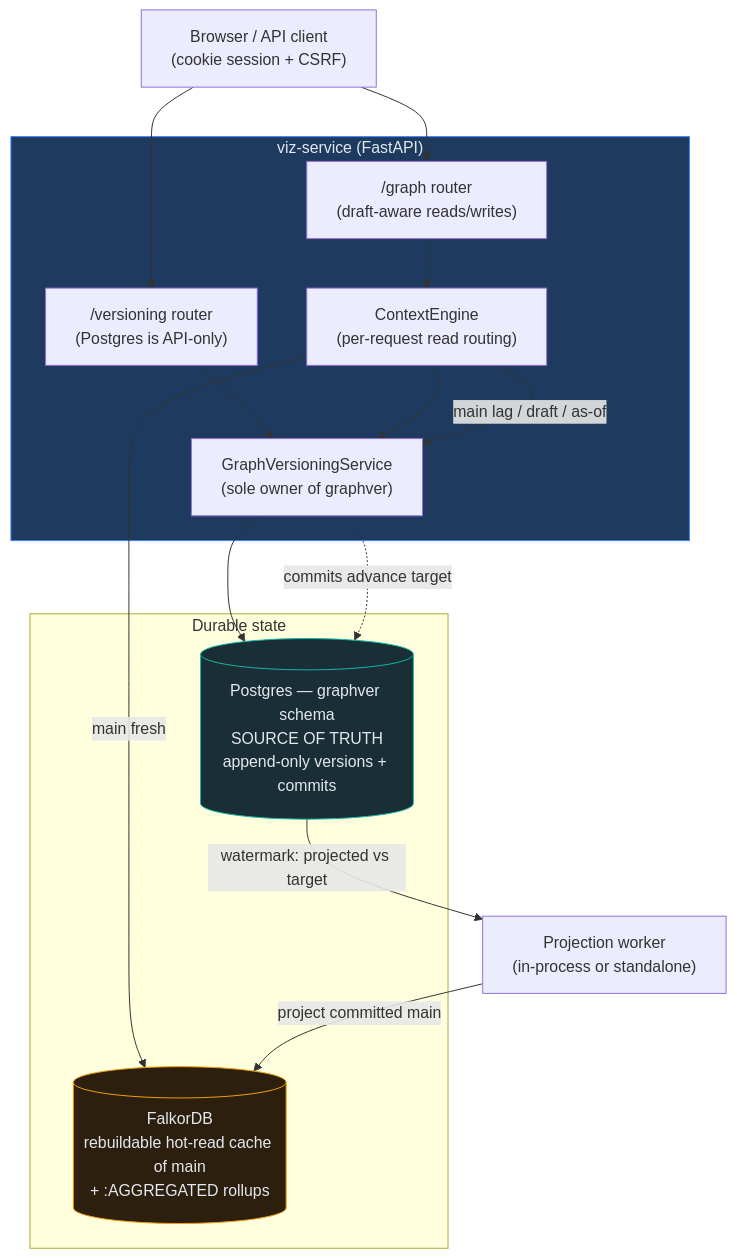
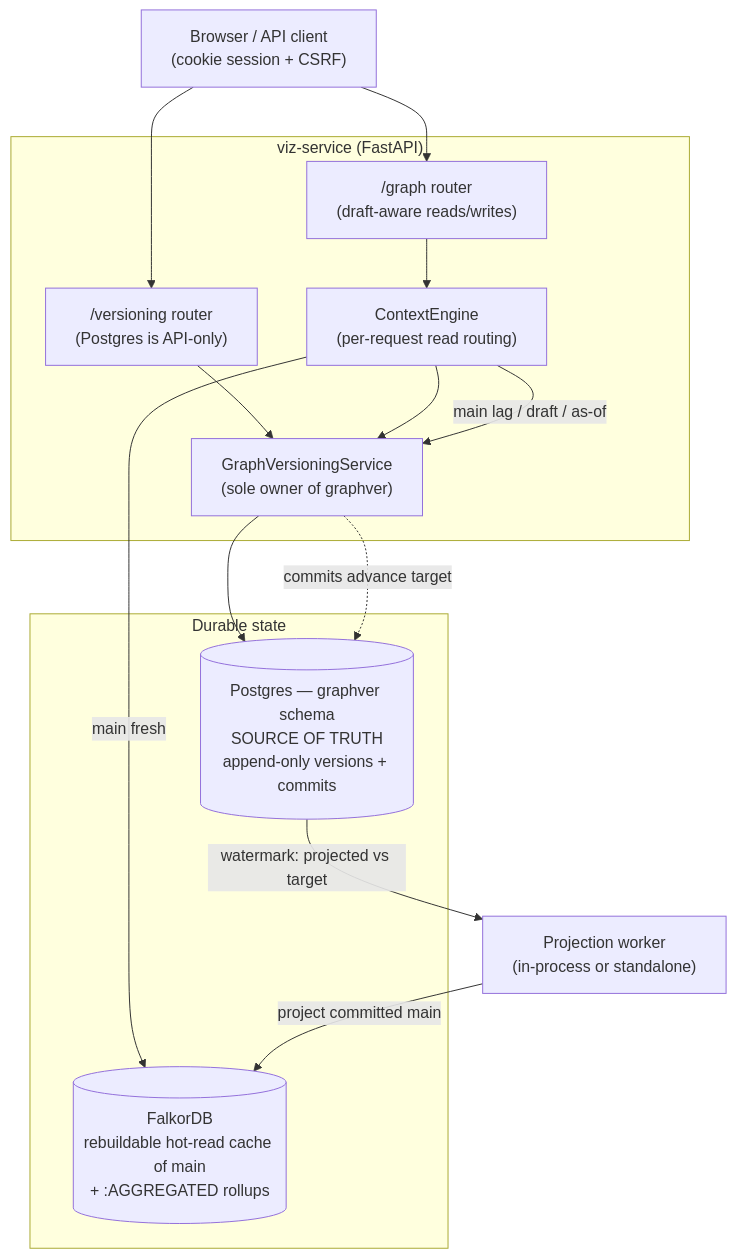
One commit to rkrumins/dataviz changed the diagram in docs/versioning/README.md. Above: the diagram before and after it, drawn with Mermaid. The commit also changed 46 other files, not shown here.

````diff
--- a/docs/versioning/README.md
+++ b/docs/versioning/README.md
@@ -27,27 +27,24 @@
 ```mermaid
 graph TB
     Browser["Browser / API client<br/>(cookie session + CSRF)"]
     subgraph Viz["viz-service (FastAPI)"]
         VAPI["/versioning router<br/>(Postgres is API-only)"]
         GAPI["/graph router<br/>(draft-aware reads/writes)"]
         SVC["GraphVersioningService<br/>(sole owner of graphver)"]
         CE["ContextEngine<br/>(per-request read routing)"]
     end
     subgraph Stores["Durable state"]
         PG[("Postgres — graphver schema<br/>SOURCE OF TRUTH<br/>append-only versions + commits")]
         FDB[("FalkorDB<br/>rebuildable hot-read cache of main<br/>+ :AGGREGATED rollups")]
     end
     WK["Projection worker<br/>(in-process or standalone)"]
 
     Browser --> VAPI --> SVC --> PG
     Browser --> GAPI --> CE --> SVC
     CE -->|main fresh| FDB
     CE -->|main lag / draft / as-of| SVC
     SVC -. commits advance target .-> PG
     WK -->|project committed main| FDB
     PG -->|watermark: projected vs target| WK
 
-    style PG fill:#1a2e35,stroke:#14b8a6,color:#e2e8f0
-    style FDB fill:#2d1f0e,stroke:#f59e0b,color:#e2e8f0
-    style Viz fill:#1e3a5f,stroke:#3b82f6,color:#e2e8f0
 ```
````
